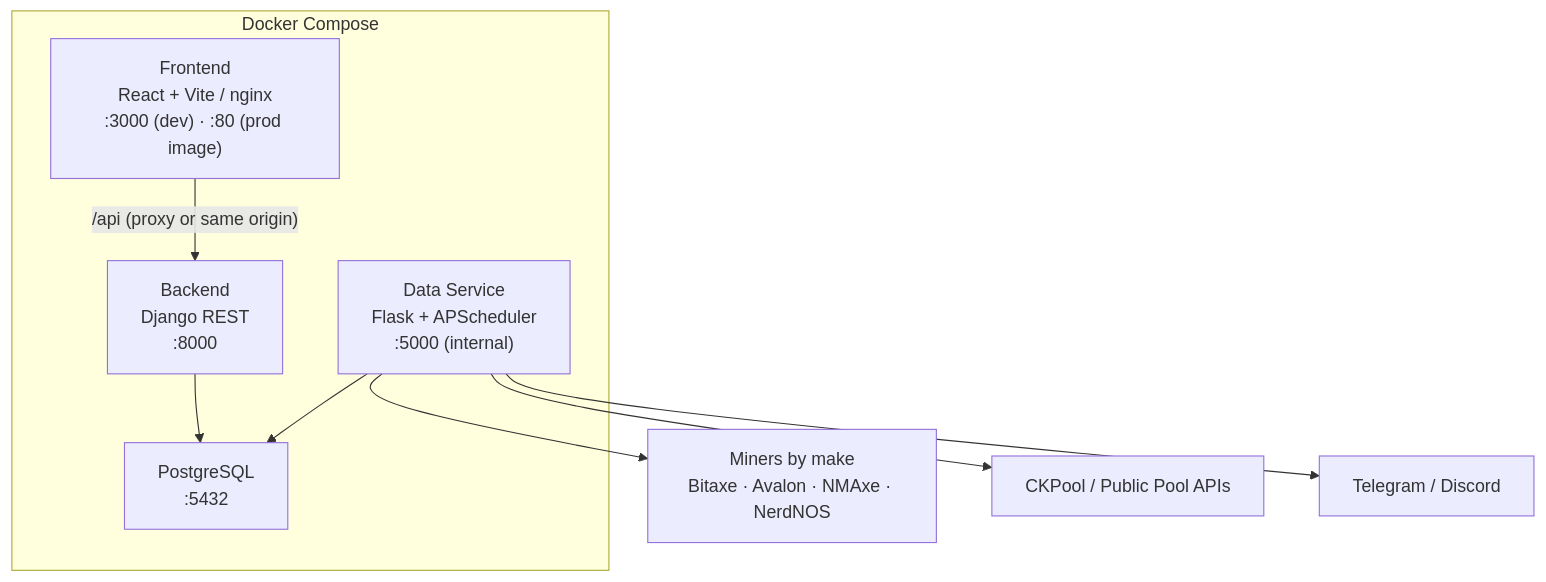
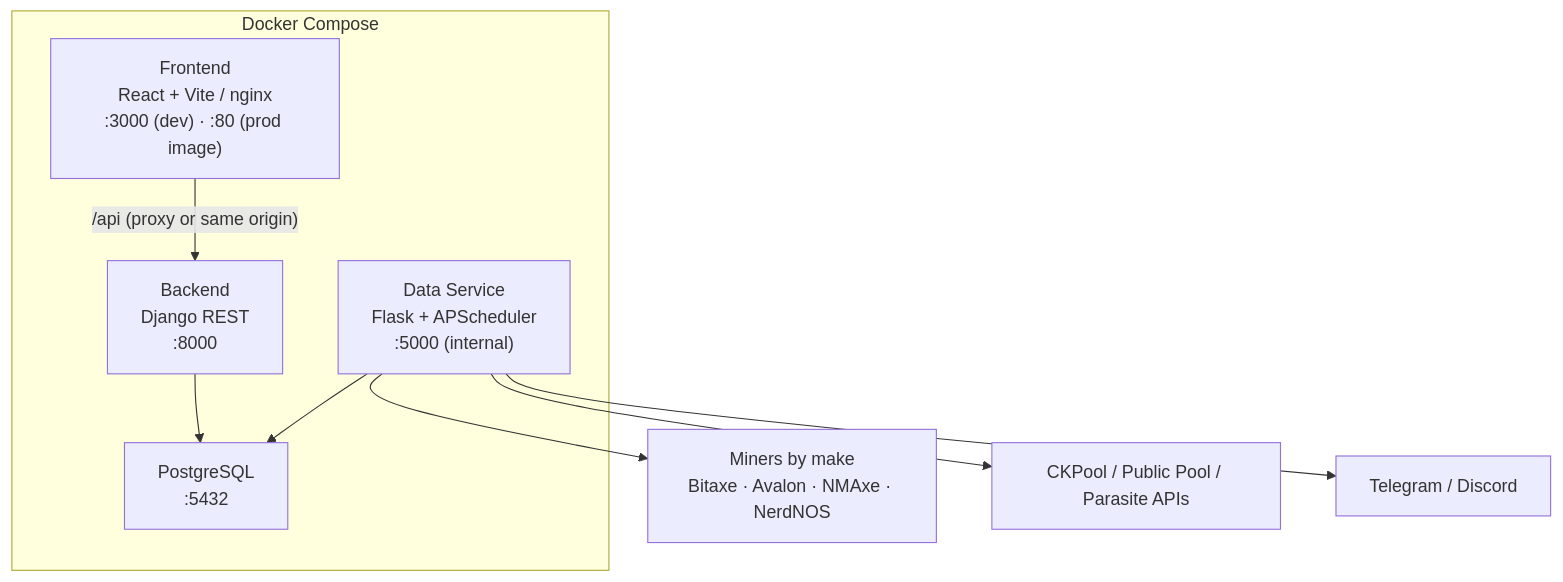
Before and after one commit to bachato/miner-sentinel: the diagram in README.md, drawn with Mermaid. The commit also changed other lines of this file and 8 other files, not shown here.

First line of the commit message:
Added support for Parasite Pool in data collection and settings (#29)

````diff
--- a/README.md
+++ b/README.md
@@ -121,16 +123,16 @@
 ```mermaid
 graph TB
     subgraph Docker["Docker Compose"]
         FE["Frontend<br/>React + Vite / nginx<br/>:3000 (dev) · :80 (prod image)"]
         BE["Backend<br/>Django REST<br/>:8000"]
         DS["Data Service<br/>Flask + APScheduler<br/>:5000 (internal)"]
         DB["PostgreSQL<br/>:5432"]
     end
 
     FE -->|"/api (proxy or same origin)"| BE
     BE --> DB
     DS --> DB
     DS --> Miners["Miners by make<br/>Bitaxe · Avalon · NMAxe · NerdNOS"]
-    DS --> Pools["CKPool / Public Pool APIs"]
+    DS --> Pools["CKPool / Public Pool / Parasite APIs"]
     DS --> Notify["Telegram / Discord"]
 ```
````
